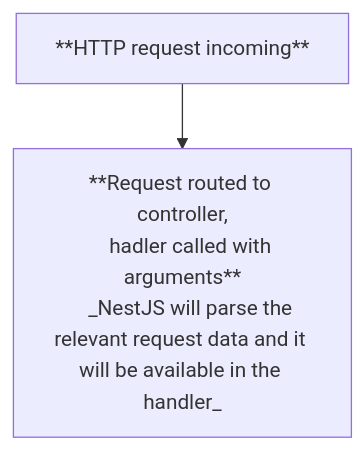
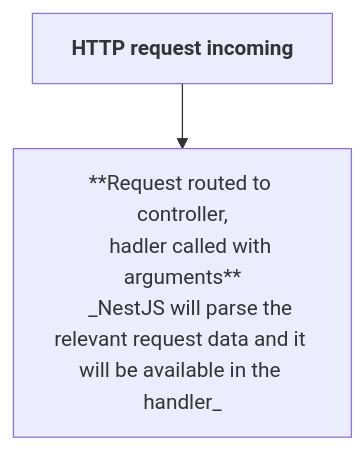
One commit to albin-joseph/myjslearnings changed the diagram in nestjs/NestJs.MD. Above: the diagram before and after it, drawn with Mermaid.

Commit message:
add flowdiagram

````diff
--- a/nestjs/NestJs.MD
+++ b/nestjs/NestJs.MD
@@ -122,9 +122,9 @@
   ```mermaid
     flowchart TD;
-        step1[" **HTTP request incoming** "]
+        step1["`**HTTP request incoming**`"]
         step2["**Request routed to controller,
         hadler called with arguments**
         _NestJS will parse the relevant request data and it will be available in the handler_
         "]
         step1 --> step2
     ```
````
